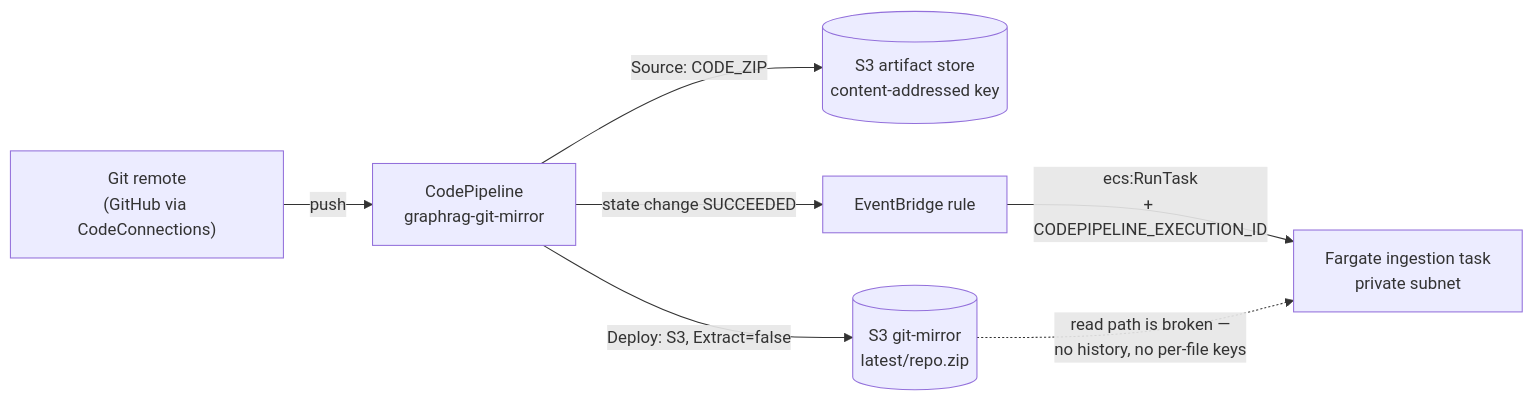
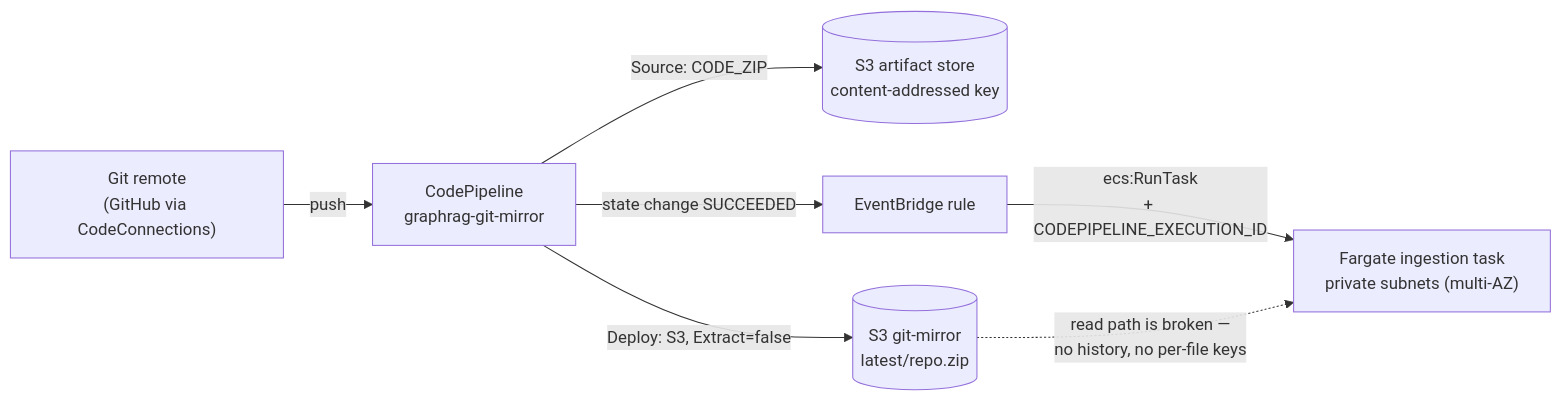
One commit to eugenelim/graphrag-aws-template changed the first of 2 diagrams in docs/architecture/biz-ops-knowledge-graph/ingestion.md. Above: the diagram before and after it, drawn with Mermaid. The commit also changed other lines of this file and 2 other files, not shown here.

````diff
--- a/docs/architecture/biz-ops-knowledge-graph/ingestion.md
+++ b/docs/architecture/biz-ops-knowledge-graph/ingestion.md
@@ -61,9 +65,9 @@
 ```mermaid
 flowchart LR
     GH["Git remote<br/>(GitHub via CodeConnections)"] -->|push| CP["CodePipeline<br/>graphrag-git-mirror"]
     CP -->|"Source: CODE_ZIP"| ART[("S3 artifact store<br/>content-addressed key")]
     CP -->|"Deploy: S3, Extract=false"| ZIP[("S3 git-mirror<br/>latest/repo.zip")]
     CP -->|"state change SUCCEEDED"| EB["EventBridge rule"]
-    EB -->|"ecs:RunTask<br/>+ CODEPIPELINE_EXECUTION_ID"| FG["Fargate ingestion task<br/>private subnet"]
+    EB -->|"ecs:RunTask<br/>+ CODEPIPELINE_EXECUTION_ID"| FG["Fargate ingestion task<br/>private subnets (multi-AZ)"]
     ZIP -.->|"read path is broken —<br/>no history, no per-file keys"| FG
 ```
````
